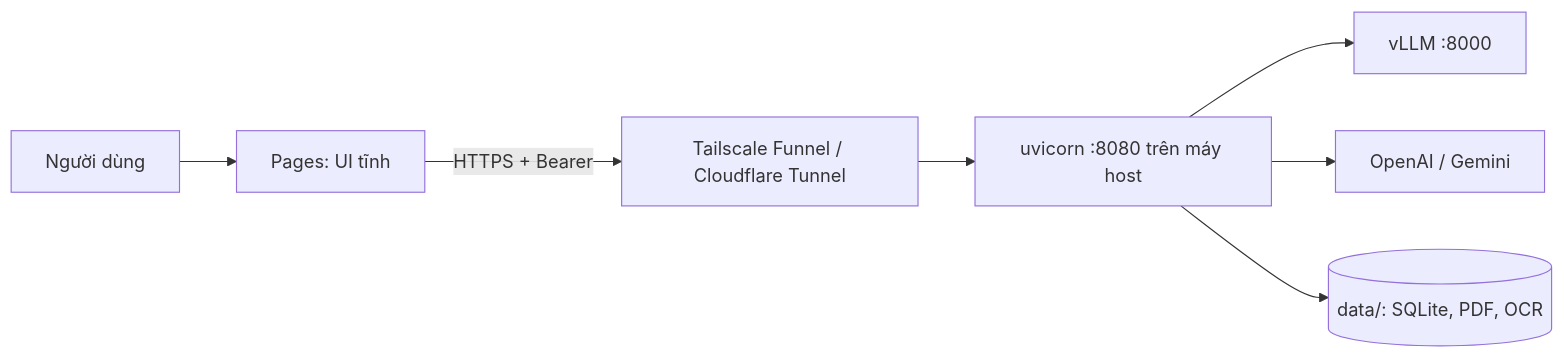
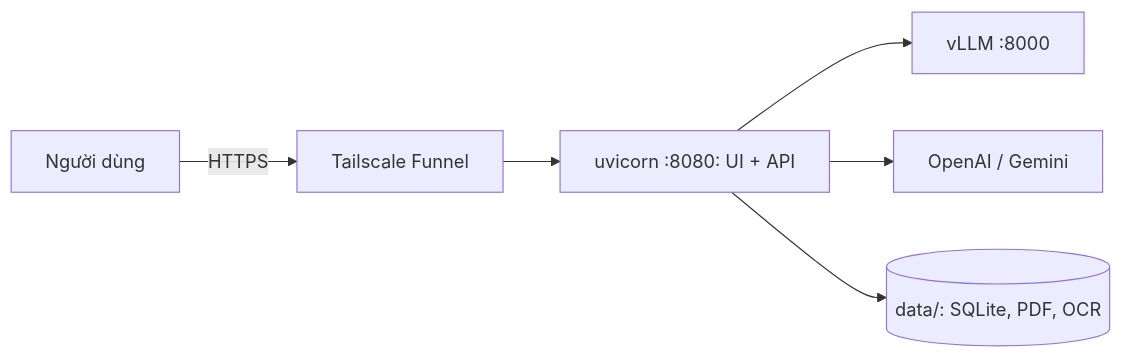
One commit to hiimmuc/banking-chatbot-rag changed the second of 2 diagrams in README.md. Above: the diagram before and after it, drawn with Mermaid. The commit also changed other lines of this file and 14 other files, not shown here.

````diff
--- a/README.md
+++ b/README.md
@@ -222,9 +224,8 @@
 ```mermaid
 flowchart LR
-  U[Người dùng] --> UI[Pages: UI tĩnh]
-  UI -->|HTTPS + Bearer| F[Tailscale Funnel / Cloudflare Tunnel]
-  F --> API[uvicorn :8080 trên máy host]
+  U[Người dùng] -->|HTTPS| F[Tailscale Funnel]
+  F --> API[uvicorn :8080: UI + API]
   API --> V[vLLM :8000]
   API --> X[OpenAI / Gemini]
   API --> D[(data/: SQLite, PDF, OCR)]
 ```
````
